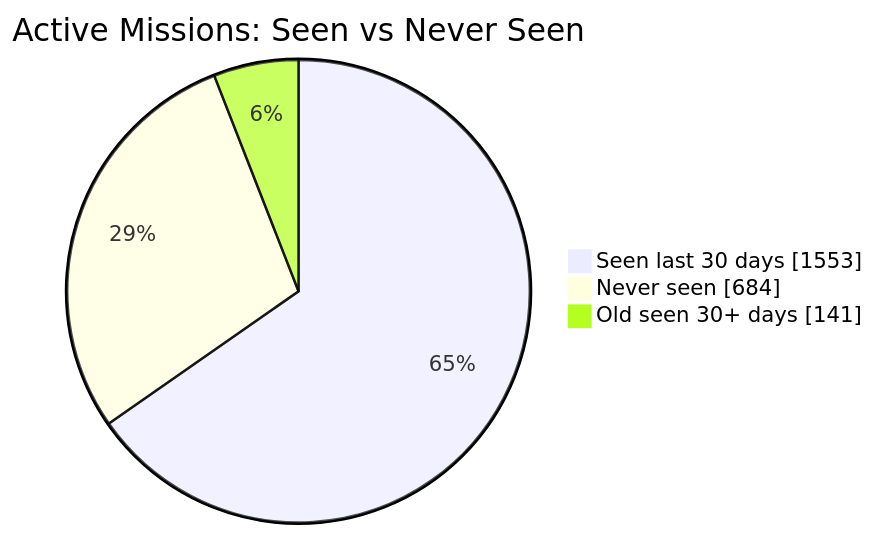
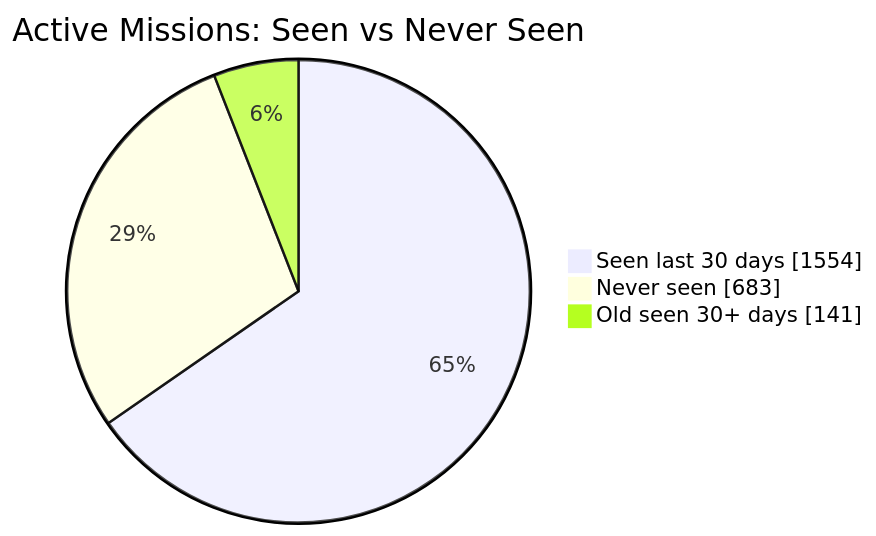
Before and after one commit to MeldkamerspelGameTeam/active-missions: the first of 2 diagrams in README.md, drawn with Mermaid. The commit also changed other lines of this file and 2 other files, not shown here.

````diff
--- a/README.md
+++ b/README.md
@@ -34,7 +34,7 @@
 ```mermaid
 pie showData
     title Active Missions: Seen vs Never Seen
-    "Seen last 30 days" : 1553
-    "Never seen" : 684
+    "Seen last 30 days" : 1554
+    "Never seen" : 683
     "Old seen 30+ days" : 141
 ```
````
